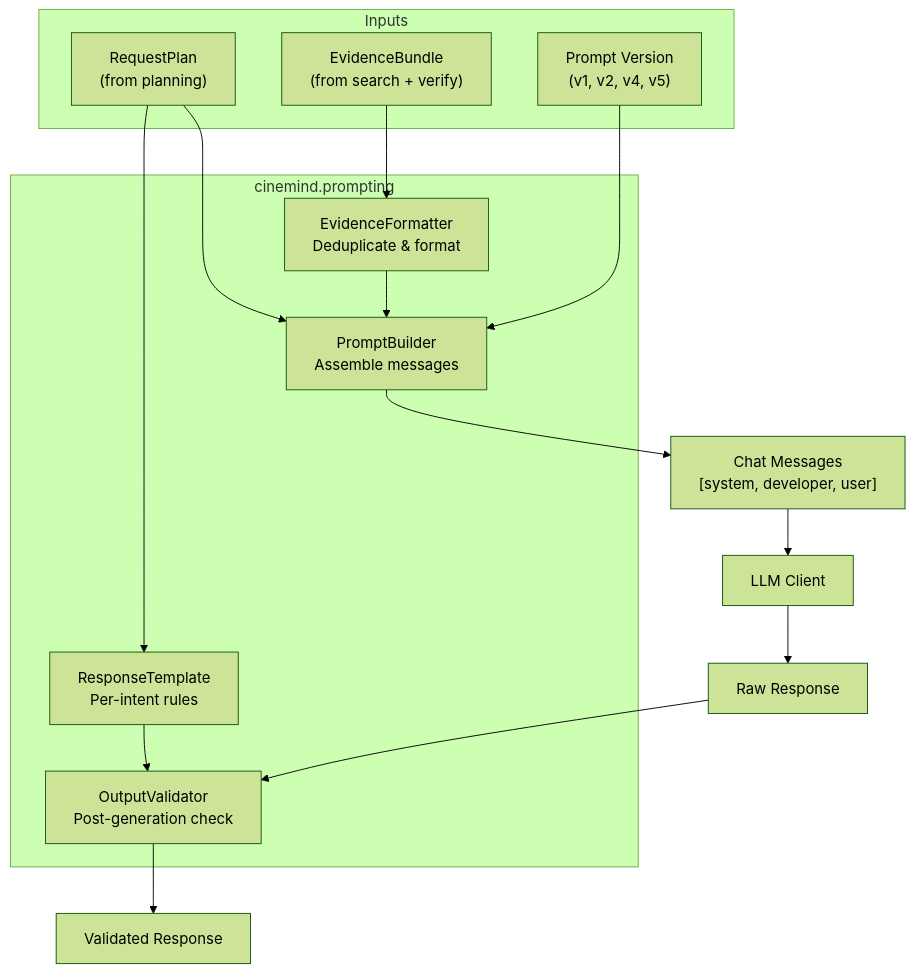
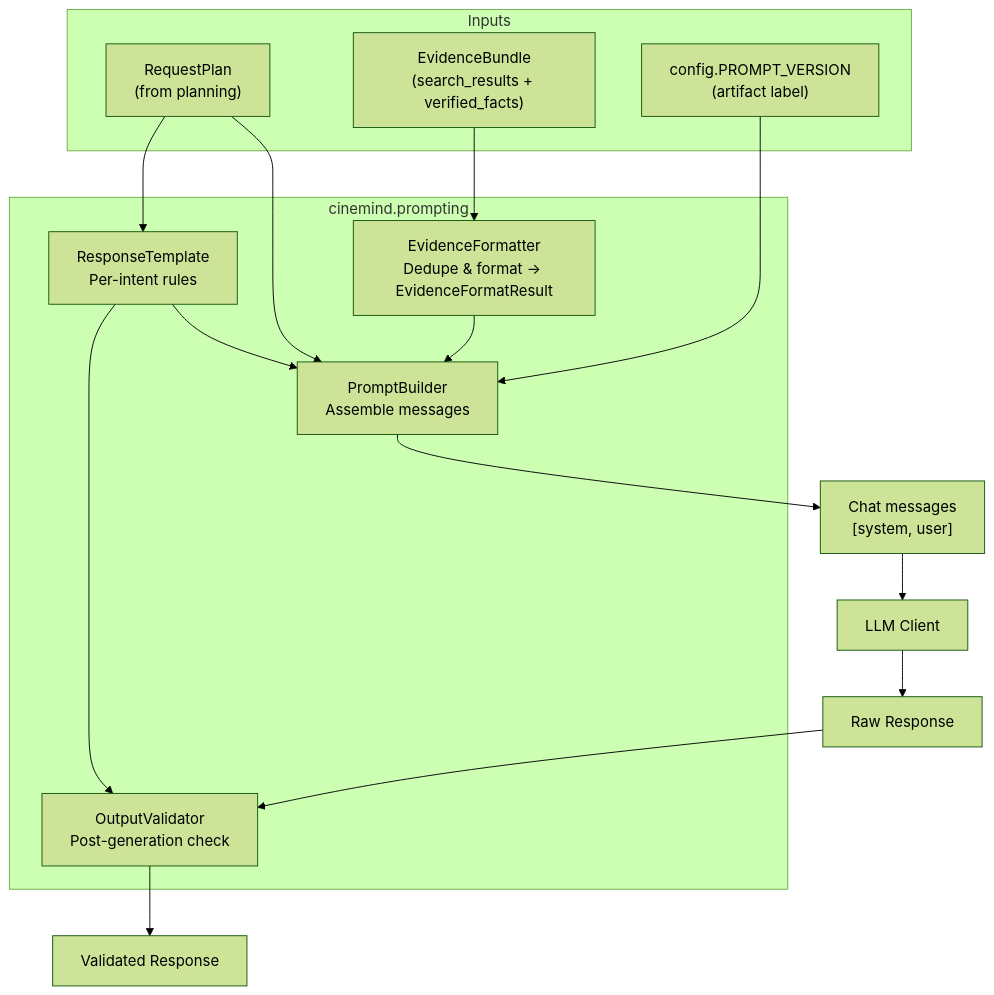
One commit to mayad123/movieAgent changed the first of 6 diagrams in docs/features/prompting/PROMPT_PIPELINE.md. Above: the diagram before and after it, drawn with Mermaid (forest theme). The commit also changed other lines of this file and 128 other files, not shown here.

````diff
--- a/docs/features/prompting/PROMPT_PIPELINE.md
+++ b/docs/features/prompting/PROMPT_PIPELINE.md
@@ -43,27 +44,28 @@
 ```mermaid
 flowchart TD
     subgraph Inputs
         PLAN["RequestPlan<br/>(from planning)"]
-        EVIDENCE["EvidenceBundle<br/>(from search + verify)"]
-        VERSION["Prompt Version<br/>(v1, v2, v4, v5)"]
+        EVIDENCE["EvidenceBundle<br/>(search_results + verified_facts)"]
+        PV["config.PROMPT_VERSION<br/>(artifact label)"]
     end
 
     subgraph prompting["cinemind.prompting"]
-        EF["EvidenceFormatter<br/>Deduplicate & format"]
+        EF["EvidenceFormatter<br/>Dedupe & format → EvidenceFormatResult"]
         TMPL["ResponseTemplate<br/>Per-intent rules"]
         PB["PromptBuilder<br/>Assemble messages"]
         OV["OutputValidator<br/>Post-generation check"]
     end
 
     EVIDENCE --> EF
     EF --> PB
     PLAN --> PB
     PLAN --> TMPL
-    VERSION --> PB
-    PB --> MESSAGES["Chat Messages<br/>[system, developer, user]"]
+    PV --> PB
+    TMPL --> PB
+    PB --> MESSAGES["Chat messages<br/>[system, user]"]
     MESSAGES --> LLM["LLM Client"]
     LLM --> RESPONSE["Raw Response"]
     RESPONSE --> OV
     TMPL --> OV
     OV --> VALIDATED["Validated Response"]
 ```
````
